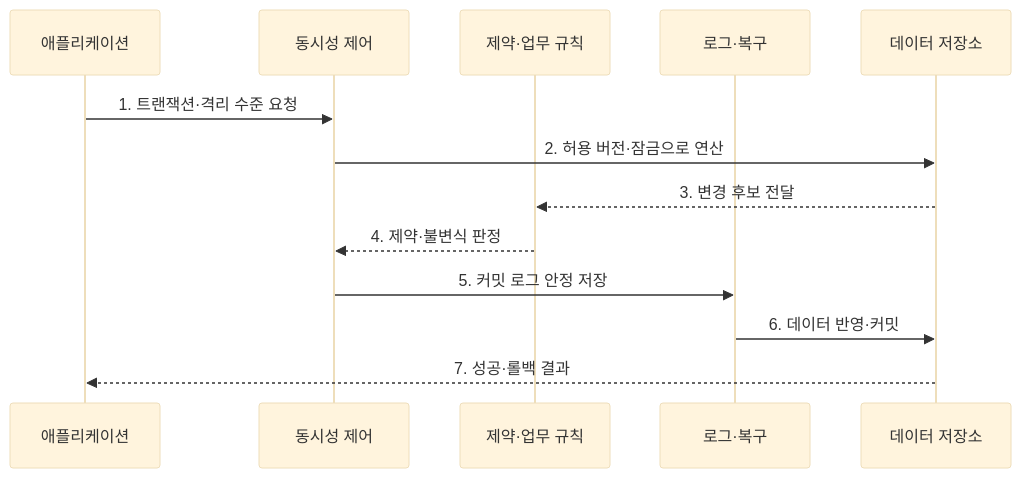
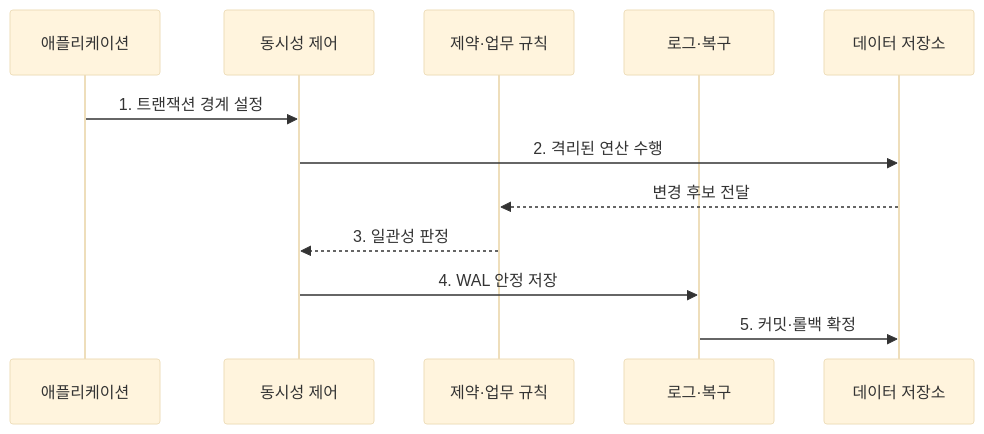
Before and after one commit to agnusdei1207/knowledge-base: the second of 2 diagrams in src/content/docs/notes/03-software/085_transaction_acid.md, drawn with Mermaid (base theme). The commit also changed other lines of this file and 238 other files, not shown here.

````diff
--- a/src/content/docs/notes/03-software/085_transaction_acid.md
+++ b/src/content/docs/notes/03-software/085_transaction_acid.md
@@ -83,15 +83,14 @@
 ```mermaid
 sequenceDiagram
     participant A as 애플리케이션
     participant C as 동시성 제어
     participant V as 제약·업무 규칙
     participant L as 로그·복구
     participant S as 데이터 저장소
-    A->>C: 1. 트랜잭션·격리 수준 요청
-    C->>S: 2. 허용 버전·잠금으로 연산
-    S-->>V: 3. 변경 후보 전달
-    V-->>C: 4. 제약·불변식 판정
-    C->>L: 5. 커밋 로그 안정 저장
-    L->>S: 6. 데이터 반영·커밋
-    S-->>A: 7. 성공·롤백 결과
+    A->>C: 1. 트랜잭션 경계 설정
+    C->>S: 2. 격리된 연산 수행
+    S-->>V: 변경 후보 전달
+    V-->>C: 3. 일관성 판정
+    C->>L: 4. WAL 안정 저장
+    L->>S: 5. 커밋·롤백 확정
 ```
````
